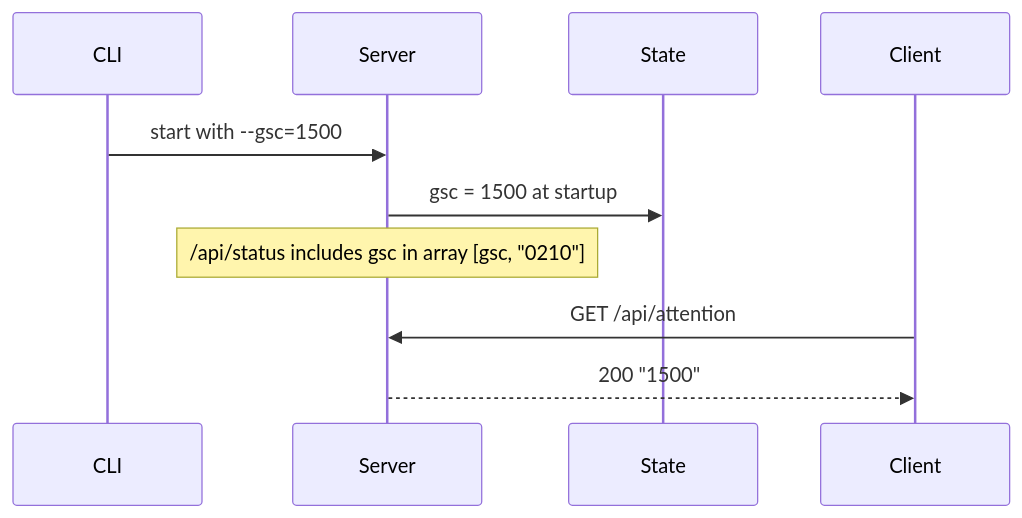
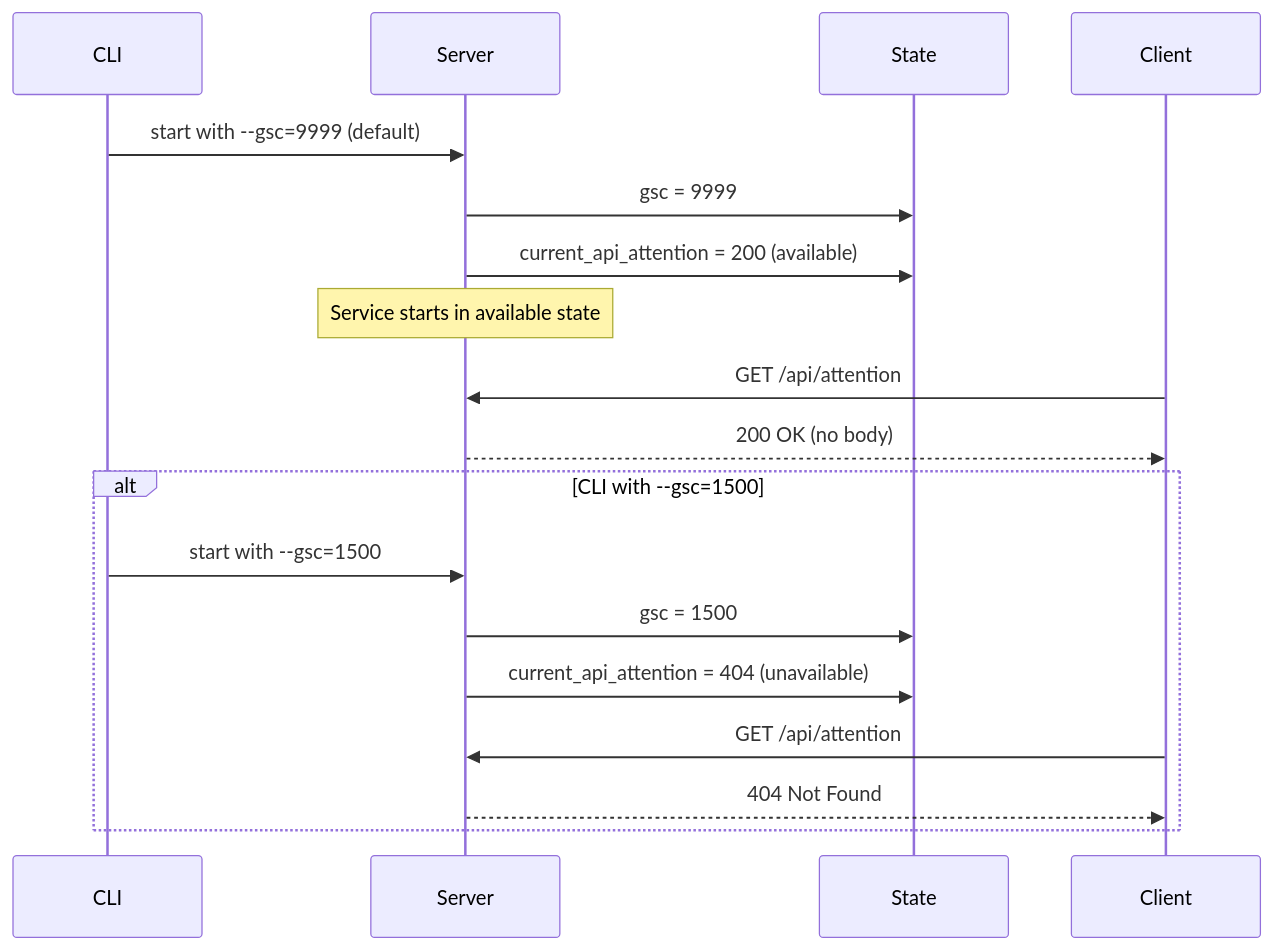
Before and after one commit to bringout/ofs-mockup-srv: the fifth of 7 diagrams in doc/SEQUENCES.md, drawn with Mermaid. The commit also changed other lines of this file and 15 other files, not shown here.

First line of the commit message:
Remove GSC legacy system and implement HTTP status-based service availability

````diff
--- a/doc/SEQUENCES.md
+++ b/doc/SEQUENCES.md
@@ -61,15 +114,24 @@
 ```mermaid
 sequenceDiagram
     participant CLI as CLI
     participant S as Server
     participant ST as State
 
-    CLI->>S: start with --gsc=1500
-    S->>ST: gsc = 1500 at startup
+    CLI->>S: start with --gsc=9999 (default)
+    S->>ST: gsc = 9999
+    S->>ST: current_api_attention = 200 (available)
 
-    Note over S: /api/status includes gsc in array [gsc, "0210"]
+    Note over S: Service starts in available state
 
     participant C as Client
     C->>S: GET /api/attention
-    S-->>C: 200 "1500"
+    S-->>C: 200 OK (no body)
+
+    alt CLI with --gsc=1500
+        CLI->>S: start with --gsc=1500
+        S->>ST: gsc = 1500
+        S->>ST: current_api_attention = 404 (unavailable)
+        C->>S: GET /api/attention
+        S-->>C: 404 Not Found
+    end
 ```
````
